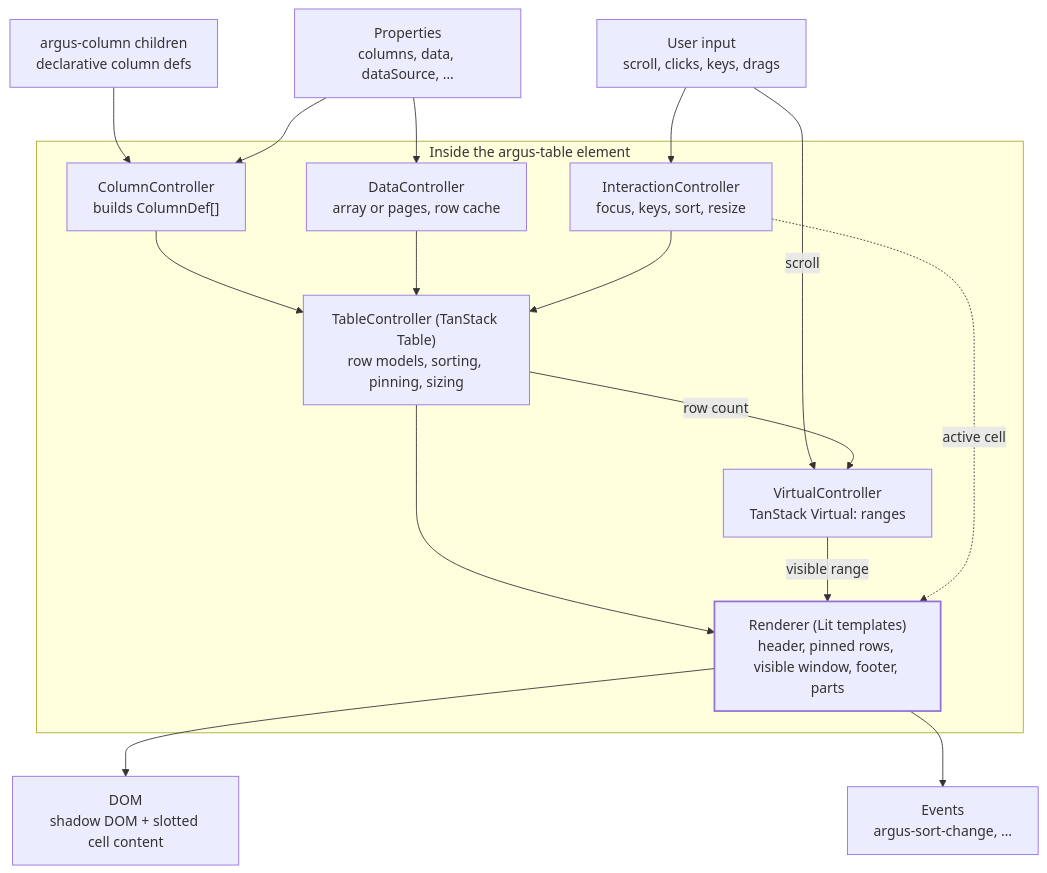
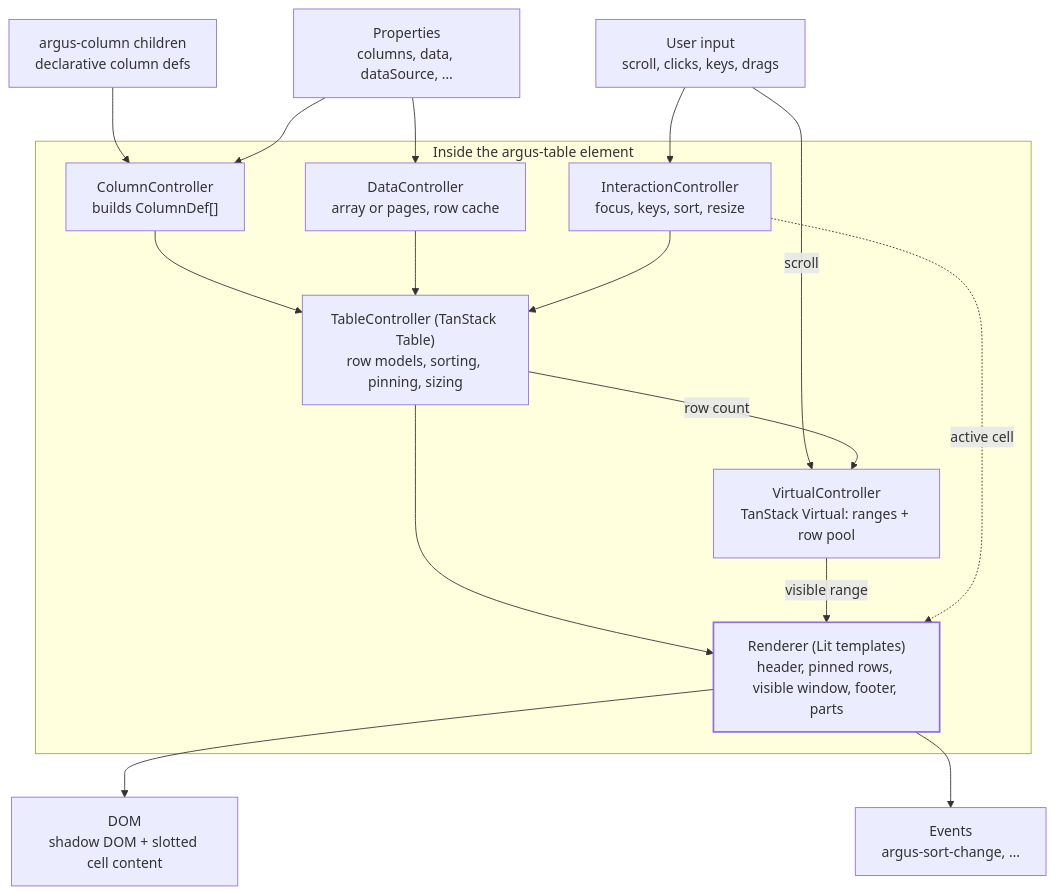
The diagram in docs/plan/code-architecture/01-module-map.md (Joessst-Dev/argus-table), drawn with Mermaid before and after one commit. The commit also changed 9 other files, not shown here.

````diff
--- a/docs/plan/code-architecture/01-module-map.md
+++ b/docs/plan/code-architecture/01-module-map.md
@@ -11,36 +11,36 @@
 ```mermaid
 flowchart TD
     children["argus-column children<br/>declarative column defs"]
     props["Properties<br/>columns, data, dataSource, …"]
     user["User input<br/>scroll, clicks, keys, drags"]
 
     subgraph element["Inside the argus-table element"]
         col["ColumnController<br/>builds ColumnDef[]"]
         data["DataController<br/>array or pages, row cache"]
         inter["InteractionController<br/>focus, keys, sort, resize"]
         table["TableController (TanStack Table)<br/>row models, sorting, pinning, sizing"]
-        virt["VirtualController<br/>TanStack Virtual: ranges"]
+        virt["VirtualController<br/>TanStack Virtual: ranges + row pool"]
         render["Renderer (Lit templates)<br/>header, pinned rows, visible window, footer, parts"]
     end
 
     dom["DOM<br/>shadow DOM + slotted cell content"]
     events["Events<br/>argus-sort-change, …"]
 
     children --> col
     props --> col
     props --> data
     user --> inter
     user -- scroll --> virt
     col --> table
     data --> table
     inter --> table
     table -- row count --> virt
     table --> render
     virt -- visible range --> render
     inter -. active cell .-> render
     render --> dom
     render --> events
 
     classDef main stroke-width:2px
     class render main
 ```
````
